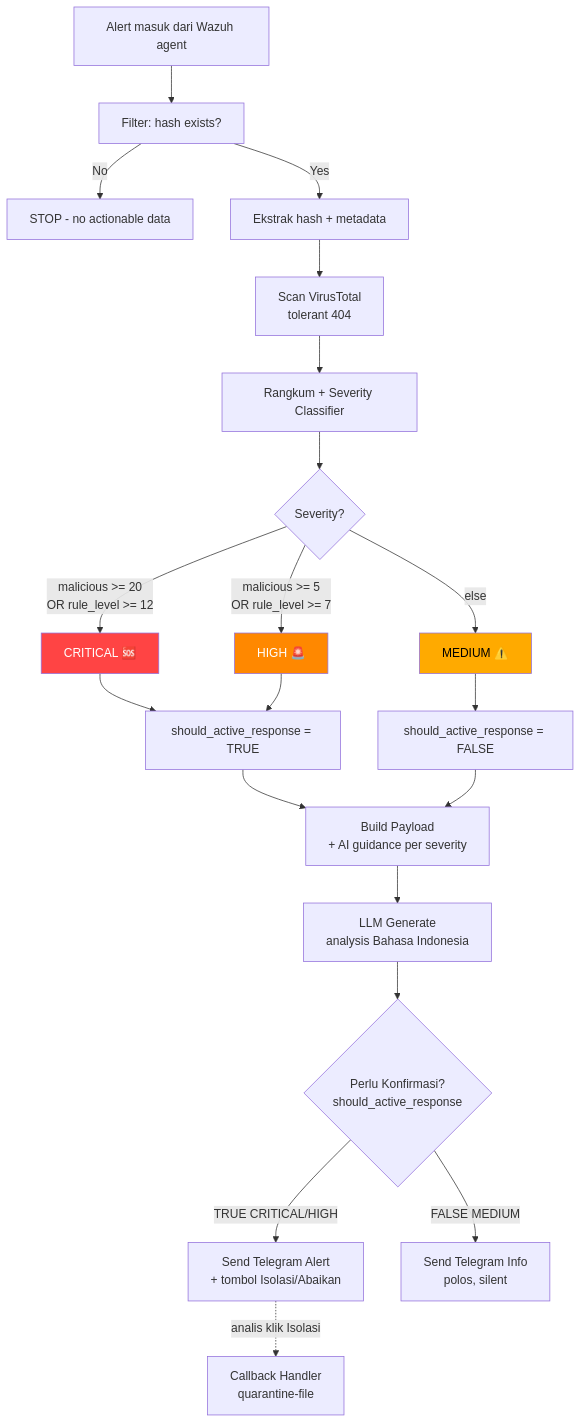
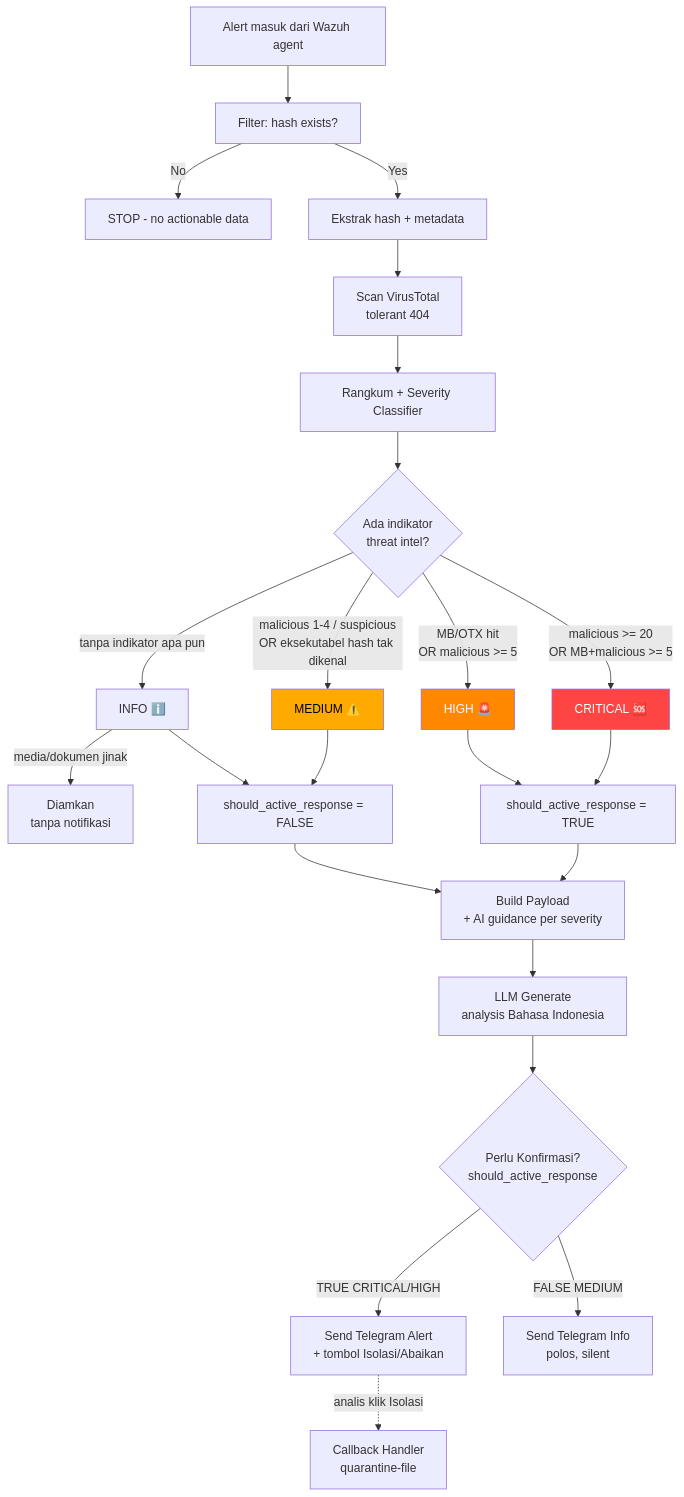
Before and after one commit to ravi-arnan/soar-project: the third of 6 diagrams in docs/ARCHITECTURE.md, drawn with Mermaid. The commit also changed other lines of this file and 4 other files, not shown here.

First line of the commit message:
fix(n8n): verdict file berbasis indikator threat-intel (cegah FP media jinak)

````diff
--- a/docs/ARCHITECTURE.md
+++ b/docs/ARCHITECTURE.md
@@ -200,31 +200,34 @@
 ```mermaid
 graph TD
     A[Alert masuk dari Wazuh agent] --> B[Filter: hash exists?]
     B -->|No| Z1[STOP - no actionable data]
     B -->|Yes| C[Ekstrak hash + metadata]
     C --> D[Scan VirusTotal<br/>tolerant 404]
     D --> E[Rangkum + Severity Classifier]
 
-    E --> F{Severity?}
-    F -->|malicious >= 20<br/>OR rule_level >= 12| G[CRITICAL 🆘]
-    F -->|malicious >= 5<br/>OR rule_level >= 7| H[HIGH 🚨]
-    F -->|else| I[MEDIUM ⚠️]
+    E --> F{Ada indikator<br/>threat intel?}
+    F -->|malicious >= 20<br/>OR MB+malicious >= 5| G[CRITICAL 🆘]
+    F -->|MB/OTX hit<br/>OR malicious >= 5| H[HIGH 🚨]
+    F -->|malicious 1-4 / suspicious<br/>OR eksekutabel hash tak dikenal| I[MEDIUM ⚠️]
+    F -->|tanpa indikator apa pun| I2[INFO ℹ️]
+    I2 -->|media/dokumen jinak| Z2[Diamkan<br/>tanpa notifikasi]
 
     G --> J[should_active_response = TRUE]
     H --> J
     I --> K[should_active_response = FALSE]
+    I2 --> K
 
     J --> P[Build Payload<br/>+ AI guidance per severity]
     K --> P
 
     P --> Q[LLM Generate<br/>analysis Bahasa Indonesia]
     Q --> S{Perlu Konfirmasi?<br/>should_active_response}
     S -->|TRUE CRITICAL/HIGH| T[Send Telegram Alert<br/>+ tombol Isolasi/Abaikan]
     S -->|FALSE MEDIUM| U[Send Telegram Info<br/>polos, silent]
 
     T -.->|analis klik Isolasi| V[Callback Handler<br/>quarantine-file]
 
     style G fill:#ff4444,color:#fff
     style H fill:#ff8800,color:#fff
     style I fill:#ffaa00,color:#000
 ```
````
